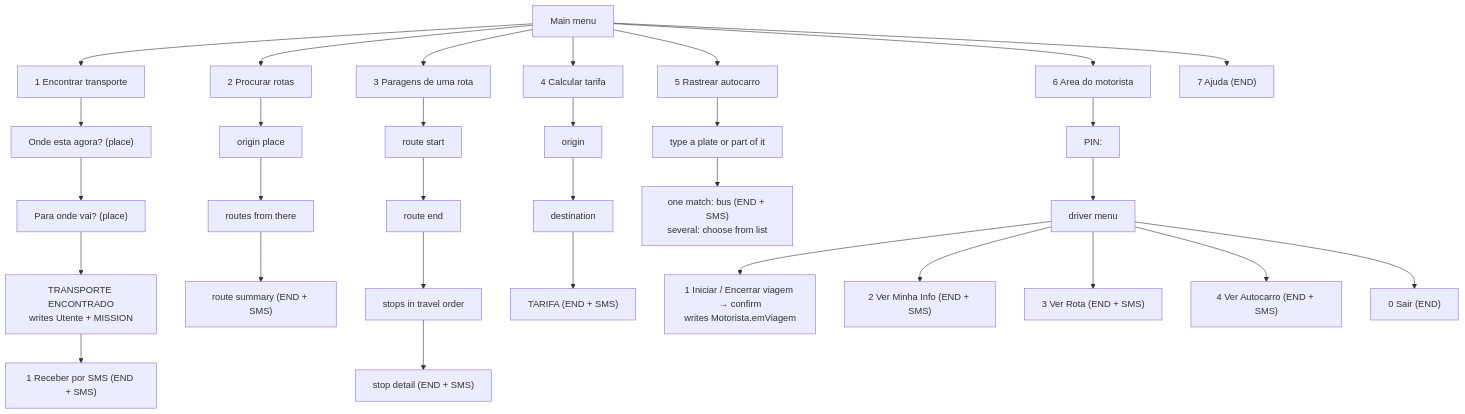
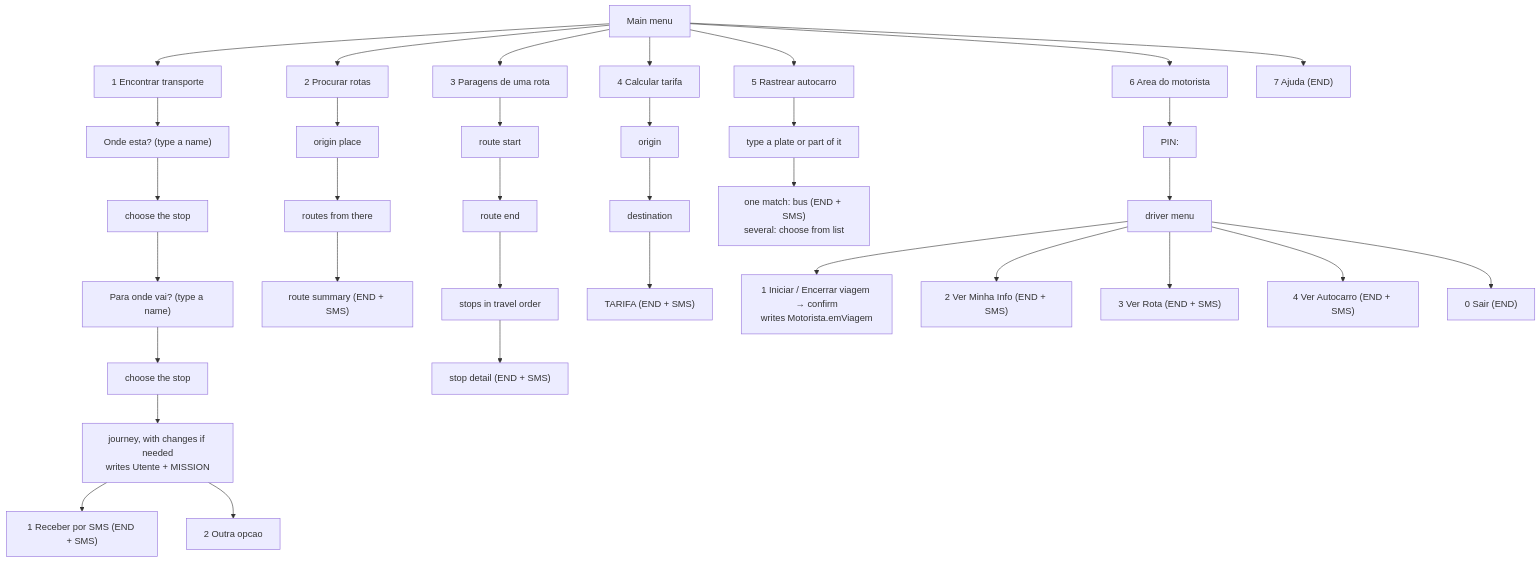
One commit to transportmozambique/Transport-Mozambique changed the diagram in docs/ussd.md. Above: the diagram before and after it, drawn with Mermaid. The commit also changed other lines of this file and 18 other files, not shown here.

````diff
--- a/docs/ussd.md
+++ b/docs/ussd.md
@@ -55,21 +55,23 @@
 ```mermaid
 flowchart TD
   M["Main menu"] --> O1["1 Encontrar transporte"]
   M --> O2["2 Procurar rotas"]
   M --> O3["3 Paragens de uma rota"]
   M --> O4["4 Calcular tarifa"]
   M --> O5["5 Rastrear autocarro"]
   M --> O6["6 Area do motorista"]
   M --> O7["7 Ajuda (END)"]
-  O1 --> O1a["Onde esta agora? (place)"] --> O1b["Para onde vai? (place)"] --> O1c["TRANSPORTE ENCONTRADO<br/>writes Utente + MISSION"] --> O1d["1 Receber por SMS (END + SMS)"]
+  O1 --> O1a["Onde esta? (type a name)"] --> O1b["choose the stop"] --> O1c["Para onde vai? (type a name)"] --> O1d["choose the stop"] --> O1e["journey, with changes if needed<br/>writes Utente + MISSION"]
+  O1e --> O1f["1 Receber por SMS (END + SMS)"]
+  O1e --> O1g["2 Outra opcao"]
   O2 --> O2a["origin place"] --> O2b["routes from there"] --> O2c["route summary (END + SMS)"]
   O3 --> O3a["route start"] --> O3b["route end"] --> O3c["stops in travel order"] --> O3d["stop detail (END + SMS)"]
   O4 --> O4a["origin"] --> O4b["destination"] --> O4c["TARIFA (END + SMS)"]
   O5 --> O5a["type a plate or part of it"] --> O5b["one match: bus (END + SMS)<br/>several: choose from list"]
   O6 --> O6a["PIN:"] --> O6b["driver menu"]
   O6b --> D1["1 Iniciar / Encerrar viagem → confirm<br/>writes Motorista.emViagem"]
   O6b --> D2["2 Ver Minha Info (END + SMS)"]
   O6b --> D3["3 Ver Rota (END + SMS)"]
   O6b --> D4["4 Ver Autocarro (END + SMS)"]
   O6b --> D0["0 Sair (END)"]
 ```
````
